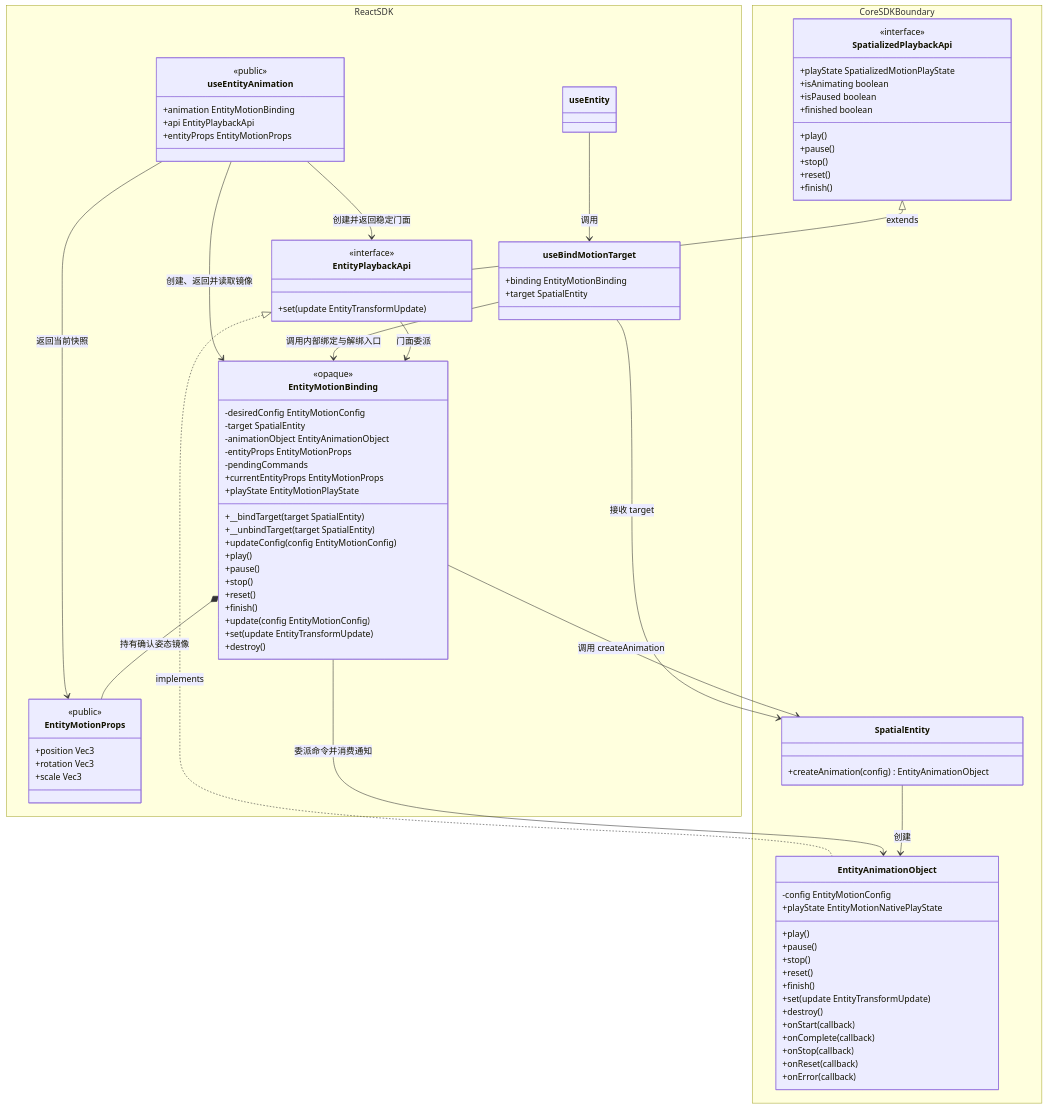
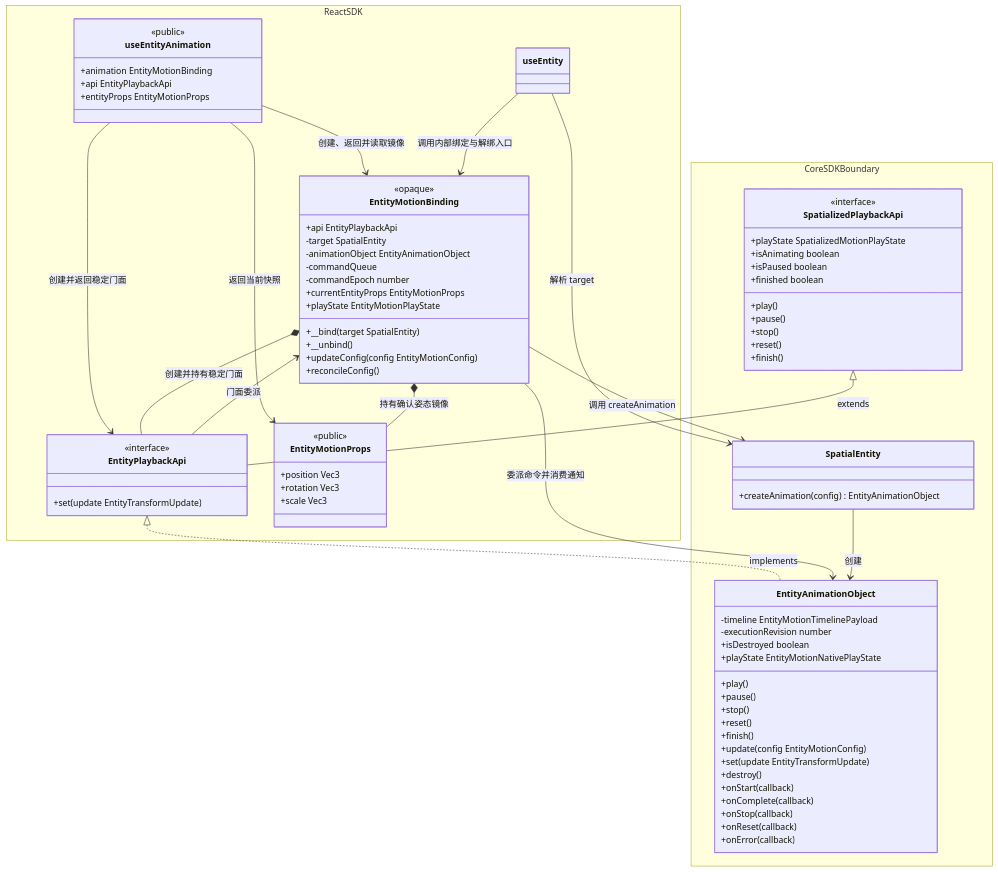
The fifth of 14 diagrams in openspec/changes/redesign-entity-motion-api/design.zh.md (webspatial/webspatial-sdk), drawn with Mermaid before and after one commit. The commit also changed other lines of this file and 1 other file, not shown here.

Commit message:
docs(entity-motion): align design with final implementation

```diff
--- a/openspec/changes/redesign-entity-motion-api/design.zh.md
+++ b/openspec/changes/redesign-entity-motion-api/design.zh.md
@@ -492,24 +497,17 @@
         }
         class EntityMotionBinding {
             <<opaque>>
-            -desiredConfig EntityMotionConfig
+            +api EntityPlaybackApi
             -target SpatialEntity
             -animationObject EntityAnimationObject
-            -entityProps EntityMotionProps
-            -pendingCommands
+            -commandQueue
+            -commandEpoch number
             +currentEntityProps EntityMotionProps
             +playState EntityMotionPlayState
-            +__bindTarget(target SpatialEntity)
-            +__unbindTarget(target SpatialEntity)
+            +__bind(target SpatialEntity)
+            +__unbind()
             +updateConfig(config EntityMotionConfig)
-            +play()
-            +pause()
-            +stop()
-            +reset()
-            +finish()
-            +update(config EntityMotionConfig)
-            +set(update EntityTransformUpdate)
-            +destroy()
+            +reconcileConfig()
         }
         class EntityMotionProps {
             <<public>>
@@ -518,10 +516,6 @@
             +scale Vec3
         }
         class useEntity
-        class useBindMotionTarget {
-            +binding EntityMotionBinding
-            +target SpatialEntity
-        }
     }
     namespace CoreSDKBoundary {
         class SpatializedPlaybackApi {
@@ -540,13 +534,16 @@
             +createAnimation(config) EntityAnimationObject
         }
         class EntityAnimationObject {
-            -config EntityMotionConfig
+            -timeline EntityMotionTimelinePayload
+            -executionRevision number
+            +isDestroyed boolean
             +playState EntityMotionNativePlayState
             +play()
             +pause()
             +stop()
             +reset()
             +finish()
+            +update(config EntityMotionConfig)
             +set(update EntityTransformUpdate)
             +destroy()
             +onStart(callback)
@@ -559,10 +556,10 @@
     useEntityAnimation --> EntityMotionBinding : 创建、返回并读取镜像
     useEntityAnimation --> EntityPlaybackApi : 创建并返回稳定门面
     useEntityAnimation --> EntityMotionProps : 返回当前快照
+    EntityMotionBinding *-- EntityPlaybackApi : 创建并持有稳定门面
     EntityMotionBinding *-- EntityMotionProps : 持有确认姿态镜像
-    useEntity --> useBindMotionTarget : 调用
-    useBindMotionTarget --> EntityMotionBinding : 调用内部绑定与解绑入口
-    useBindMotionTarget --> SpatialEntity : 接收 target
+    useEntity --> EntityMotionBinding : 调用内部绑定与解绑入口
+    useEntity --> SpatialEntity : 解析 target
     SpatializedPlaybackApi <|-- EntityPlaybackApi : extends
     EntityPlaybackApi <|.. EntityAnimationObject : implements
     EntityPlaybackApi --> EntityMotionBinding : 门面委派
```
